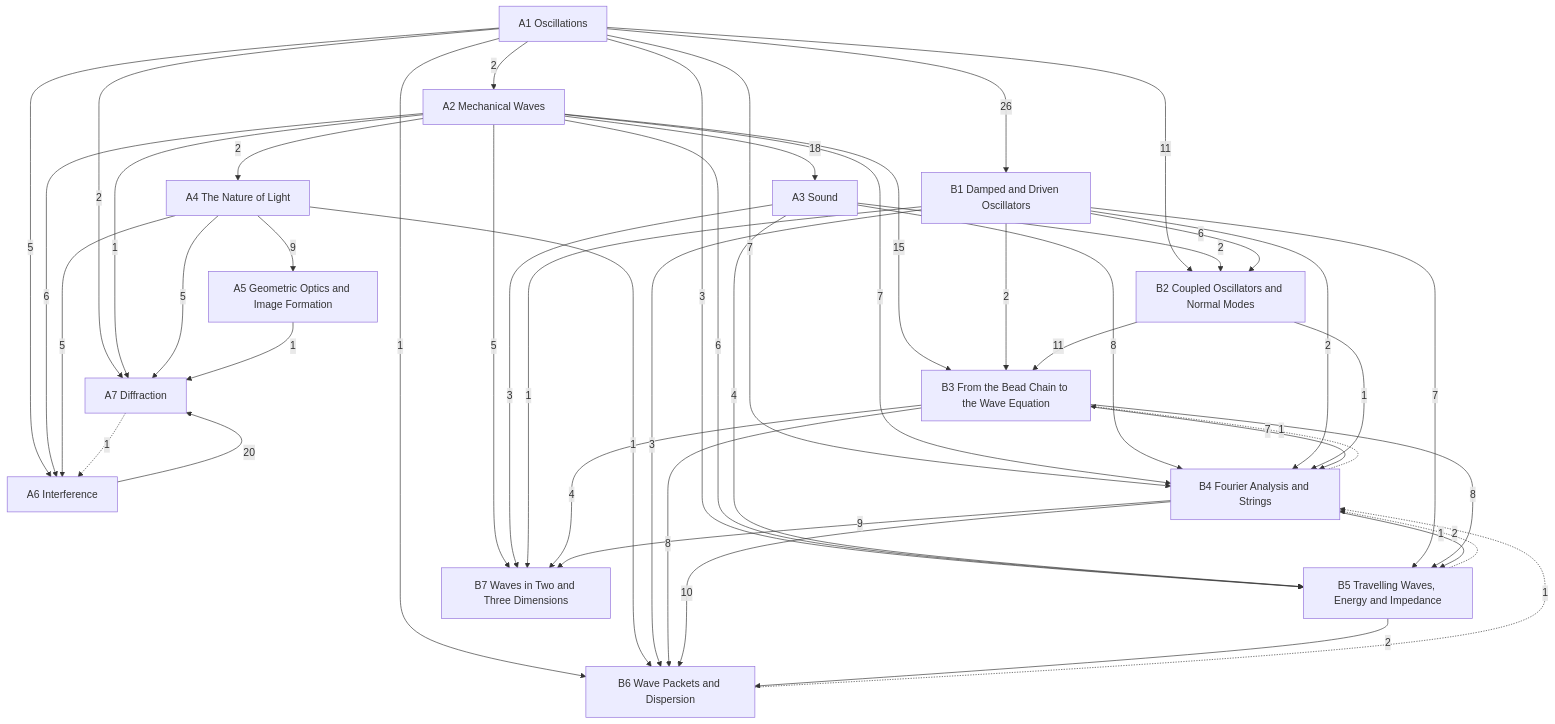
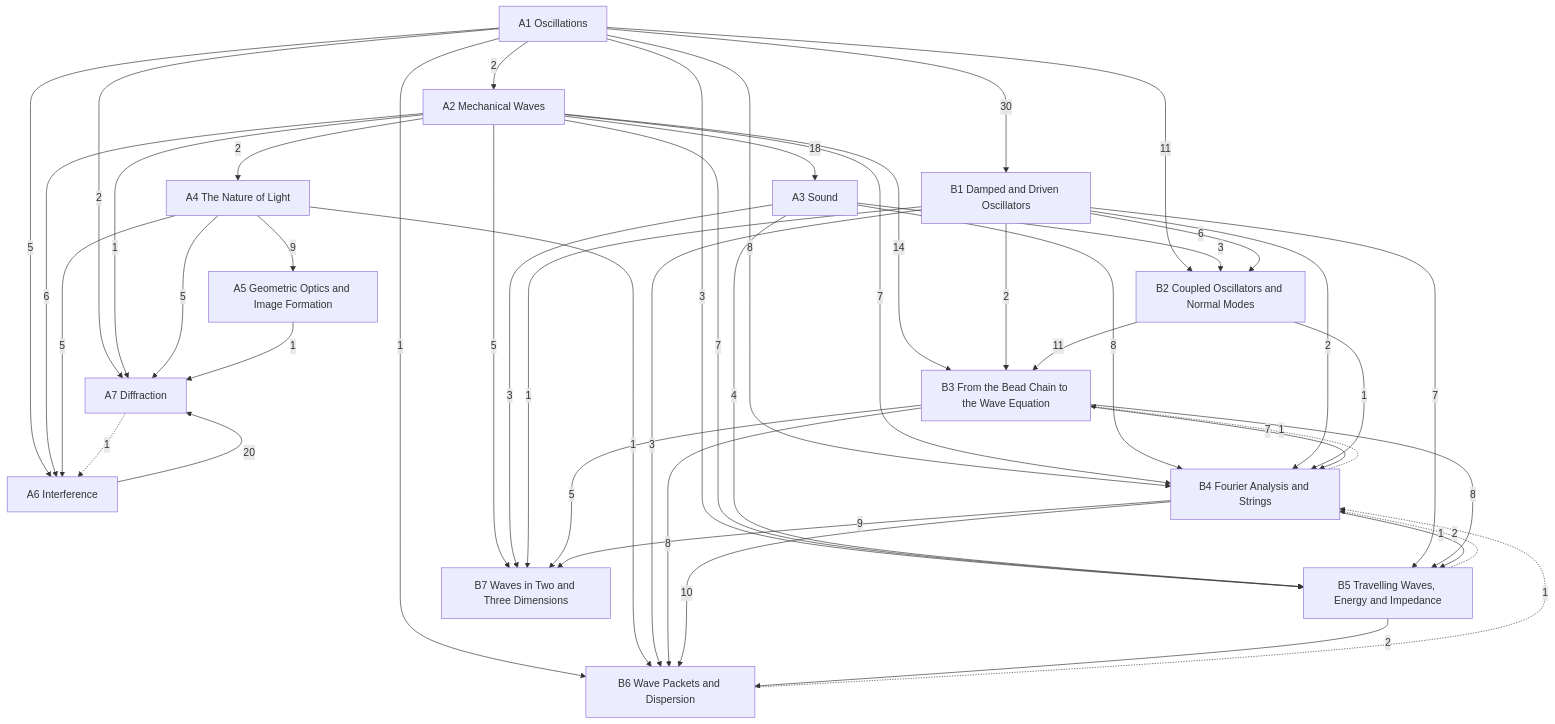
The diagram in Physics/Oscillations, Waves and Optics/Oscillations, Waves and Optics.md (Onion20040508/notes), drawn with Mermaid before and after one commit. The commit also changed other lines of this file and 40 other files, not shown here.

````diff
--- a/Physics/Oscillations, Waves and Optics/Oscillations, Waves and Optics.md
+++ b/Physics/Oscillations, Waves and Optics/Oscillations, Waves and Optics.md
@@ -35,63 +35,63 @@
 ```mermaid
 graph TD
   A1["A1 Oscillations"]
   A2["A2 Mechanical Waves"]
   A3["A3 Sound"]
   A4["A4 The Nature of Light"]
   A5["A5 Geometric Optics and Image Formation"]
   A6["A6 Interference"]
   A7["A7 Diffraction"]
   B1["B1 Damped and Driven Oscillators"]
   B2["B2 Coupled Oscillators and Normal Modes"]
   B3["B3 From the Bead Chain to the Wave Equation"]
   B4["B4 Fourier Analysis and Strings"]
   B5["B5 Travelling Waves, Energy and Impedance"]
   B6["B6 Wave Packets and Dispersion"]
   B7["B7 Waves in Two and Three Dimensions"]
   A1 -->|2| A2
   A2 -->|18| A3
   A2 -->|2| A4
   A4 -->|9| A5
   A1 -->|5| A6
   A2 -->|6| A6
   A4 -->|5| A6
   A1 -->|2| A7
   A2 -->|1| A7
   A4 -->|5| A7
   A5 -->|1| A7
   A6 -->|20| A7
-  A1 -->|26| B1
+  A1 -->|30| B1
   A1 -->|11| B2
-  A3 -->|2| B2
+  A3 -->|3| B2
   B1 -->|6| B2
-  A2 -->|15| B3
+  A2 -->|14| B3
   B1 -->|2| B3
   B2 -->|11| B3
-  A1 -->|7| B4
+  A1 -->|8| B4
   A2 -->|7| B4
   A3 -->|8| B4
   B1 -->|2| B4
   B2 -->|1| B4
   B3 -->|7| B4
   A1 -->|3| B5
-  A2 -->|6| B5
+  A2 -->|7| B5
   A3 -->|4| B5
   B1 -->|7| B5
   B3 -->|8| B5
   B4 -->|1| B5
   A1 -->|1| B6
   A4 -->|1| B6
   B1 -->|3| B6
   B3 -->|8| B6
   B4 -->|10| B6
   B5 -->|2| B6
   A2 -->|5| B7
   A3 -->|3| B7
   B1 -->|1| B7
-  B3 -->|4| B7
+  B3 -->|5| B7
   B4 -->|9| B7
   A7 -.->|1| A6
   B4 -.->|1| B3
   B5 -.->|2| B4
   B6 -.->|1| B4
 ```
````
